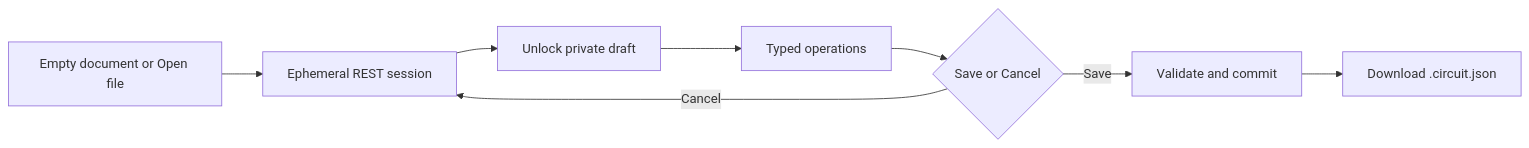
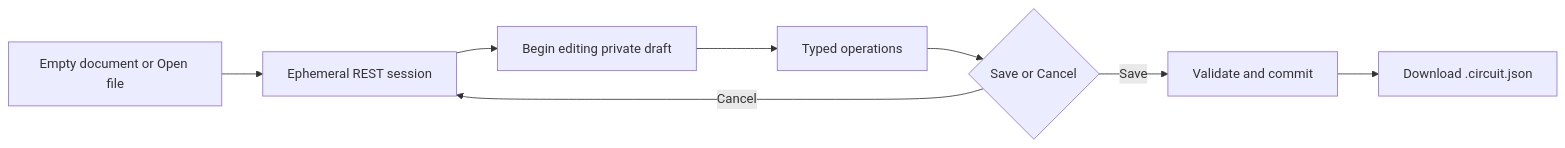
One commit to ankdesh/spec2gds changed the diagram in circuit-designer/apps/standalone/README.md. Above: the diagram before and after it, drawn with Mermaid. The commit also changed other lines of this file and 29 other files, not shown here.

````diff
--- a/circuit-designer/apps/standalone/README.md
+++ b/circuit-designer/apps/standalone/README.md
@@ -22,10 +22,10 @@
 ```mermaid
 flowchart LR
     Start["Empty document or Open file"] --> Session["Ephemeral REST session"]
-    Session --> Unlock["Unlock private draft"]
-    Unlock --> Edit["Typed operations"]
+    Session --> Begin["Begin editing private draft"]
+    Begin --> Edit["Typed operations"]
     Edit --> Save{"Save or Cancel"}
     Save -->|"Save"| Validate["Validate and commit"]
     Validate --> Download["Download .circuit.json"]
     Save -->|"Cancel"| Session
 ```
````
